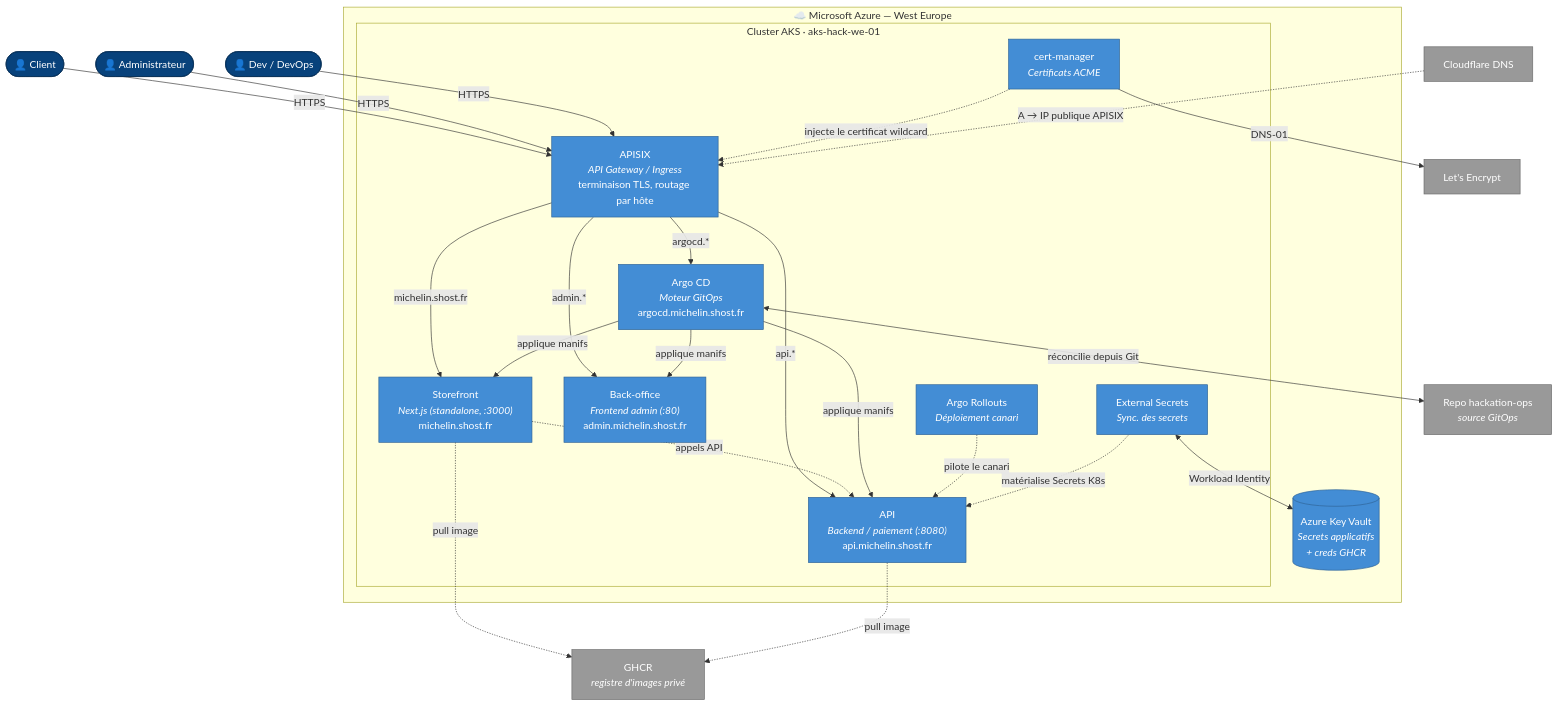
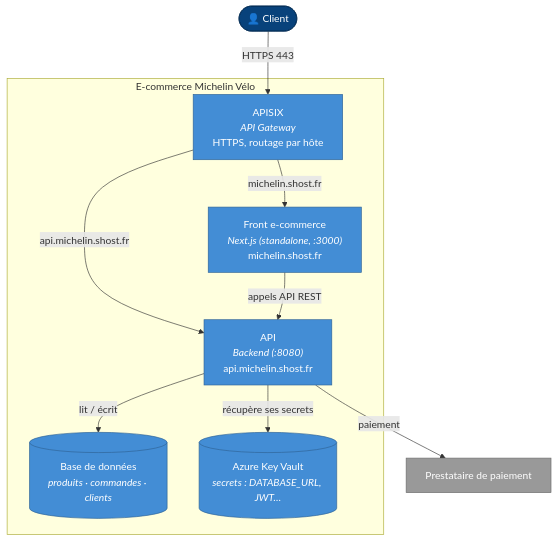
Before and after one commit to Hackaton-ESGI-x-Michelin/devhub: the second of 3 diagrams in docs/explanation/c4.md, drawn with Mermaid. The commit also changed other lines of this file and 13 other files, not shown here.

Commit message:
docs(c4): recentre le C4 sur le métier (e-commerce + API), corrige le DSL Structurizr

````diff
--- a/docs/explanation/c4.md
+++ b/docs/explanation/c4.md
@@ -66,57 +60,26 @@
 ```mermaid
 flowchart TB
   client(["👤 Client"]):::person
-  admin(["👤 Administrateur"]):::person
-  dev(["👤 Dev / DevOps"]):::person
 
-  subgraph azure["☁️ Microsoft Azure — West Europe"]
-    subgraph aks["Cluster AKS · aks-hack-we-01"]
-      apisix["APISIX<br/><i>API Gateway / Ingress</i><br/>terminaison TLS, routage par hôte"]:::container
-
-      storefront["Storefront<br/><i>Next.js (standalone, :3000)</i><br/>michelin.shost.fr"]:::container
-      backoffice["Back-office<br/><i>Frontend admin (:80)</i><br/>admin.michelin.shost.fr"]:::container
-      api["API<br/><i>Backend / paiement (:8080)</i><br/>api.michelin.shost.fr"]:::container
-
-      argocd["Argo CD<br/><i>Moteur GitOps</i><br/>argocd.michelin.shost.fr"]:::container
-      rollouts["Argo Rollouts<br/><i>Déploiement canari</i>"]:::container
-      certmgr["cert-manager<br/><i>Certificats ACME</i>"]:::container
-      eso["External Secrets<br/><i>Sync. des secrets</i>"]:::container
-    end
-    keyvault[("Azure Key Vault<br/><i>Secrets applicatifs<br/>+ creds GHCR</i>")]:::container
+  subgraph shop["E-commerce Michelin Vélo"]
+    apisix["APISIX<br/><i>API Gateway</i><br/>HTTPS, routage par hôte"]:::container
+    front["Front e-commerce<br/><i>Next.js (standalone, :3000)</i><br/>michelin.shost.fr"]:::container
+    api["API<br/><i>Backend (:8080)</i><br/>api.michelin.shost.fr"]:::container
+    db[("Base de données<br/><i>produits · commandes · clients</i>")]:::container
+    vault[("Azure Key Vault<br/><i>secrets : DATABASE_URL, JWT…</i>")]:::container
   end
 
-  cloudflare["Cloudflare DNS"]:::ext
-  letsencrypt["Let's Encrypt"]:::ext
-  ghcr["GHCR<br/><i>registre d'images privé</i>"]:::ext
-  gitops["Repo hackation-ops<br/><i>source GitOps</i>"]:::ext
+  payment["Prestataire de paiement"]:::ext
 
-  client -->|HTTPS| apisix
-  admin -->|HTTPS| apisix
-  dev -->|HTTPS| apisix
-
-  apisix -->|"michelin.shost.fr"| storefront
-  apisix -->|"admin.*"| backoffice
-  apisix -->|"api.*"| api
-  apisix -->|"argocd.*"| argocd
-
-  storefront -.->|appels API| api
-
-  argocd -->|"applique manifs"| storefront
-  argocd -->|"applique manifs"| backoffice
-  argocd -->|"applique manifs"| api
-  argocd <-->|"réconcilie depuis Git"| gitops
-  rollouts -.->|"pilote le canari"| api
-
-  certmgr -->|"DNS-01"| letsencrypt
-  certmgr -.->|"injecte le certificat wildcard"| apisix
-  eso <-->|"Workload Identity"| keyvault
-  eso -.->|"matérialise Secrets K8s"| api
-
-  storefront -. "pull image" .-> ghcr
-  api -. "pull image" .-> ghcr
-  cloudflare -.->|"A → IP publique APISIX"| apisix
+  client -->|"HTTPS 443"| apisix
+  apisix -->|"michelin.shost.fr"| front
+  apisix -->|"api.michelin.shost.fr"| api
+  front -->|"appels API REST"| api
+  api -->|"lit / écrit"| db
+  api -->|"récupère ses secrets"| vault
+  api -->|"paiement"| payment
 
   classDef person fill:#08427b,stroke:#052e56,color:#fff;
   classDef container fill:#438dd5,stroke:#2e6295,color:#fff;
   classDef ext fill:#999999,stroke:#6b6b6b,color:#fff;
 ```
````
